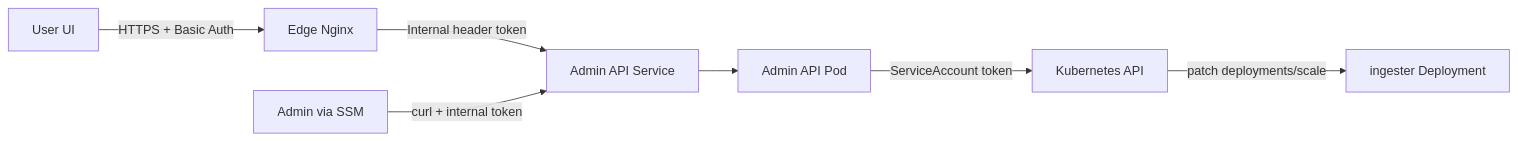
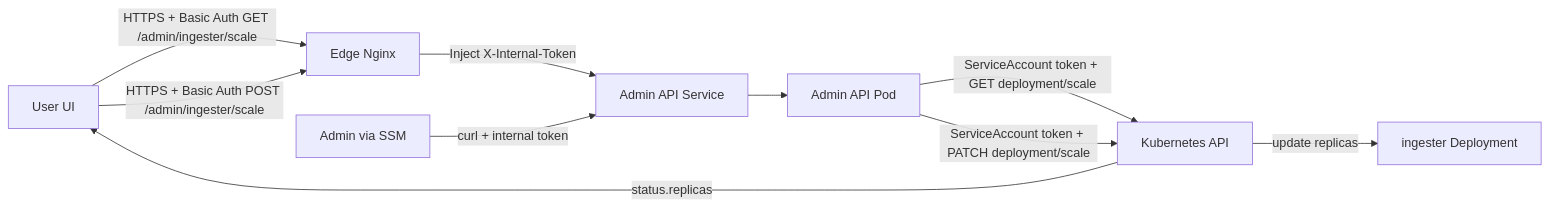
The diagram in docs/runbooks/operations/admin-scale.md (ClementV78/CloudRadar), drawn with Mermaid before and after one commit. The commit also changed other lines of this file and 6 other files, not shown here.

First line of the commit message:
fix(frontend): initialize ingester toggle state from admin-scale

````diff
--- a/docs/runbooks/operations/admin-scale.md
+++ b/docs/runbooks/operations/admin-scale.md
@@ -6,10 +6,13 @@
 ```mermaid
 flowchart LR
-  user[User UI] -->|HTTPS + Basic Auth| edge[Edge Nginx]
-  edge -->|Internal header token| svc[Admin API Service]
+  user[User UI] -->|HTTPS + Basic Auth GET /admin/ingester/scale| edge[Edge Nginx]
+  user -->|HTTPS + Basic Auth POST /admin/ingester/scale| edge
+  edge -->|Inject X-Internal-Token| svc[Admin API Service]
   svc --> pod[Admin API Pod]
-  pod -->|ServiceAccount token| k8s[Kubernetes API]
-  k8s -->|patch deployments/scale| deploy[ingester Deployment]
+  pod -->|ServiceAccount token + GET deployment/scale| k8s[Kubernetes API]
+  pod -->|ServiceAccount token + PATCH deployment/scale| k8s
+  k8s -->|status.replicas| user
+  k8s -->|update replicas| deploy[ingester Deployment]
 
   admin[Admin via SSM] -->|curl + internal token| svc
 ```
````
